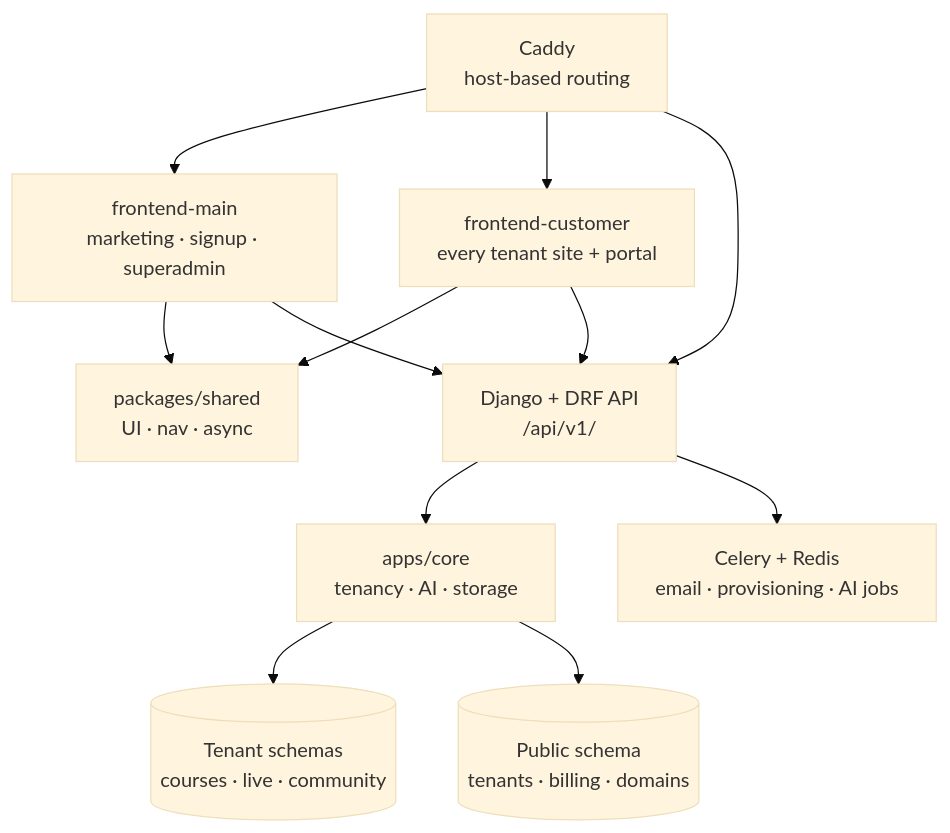
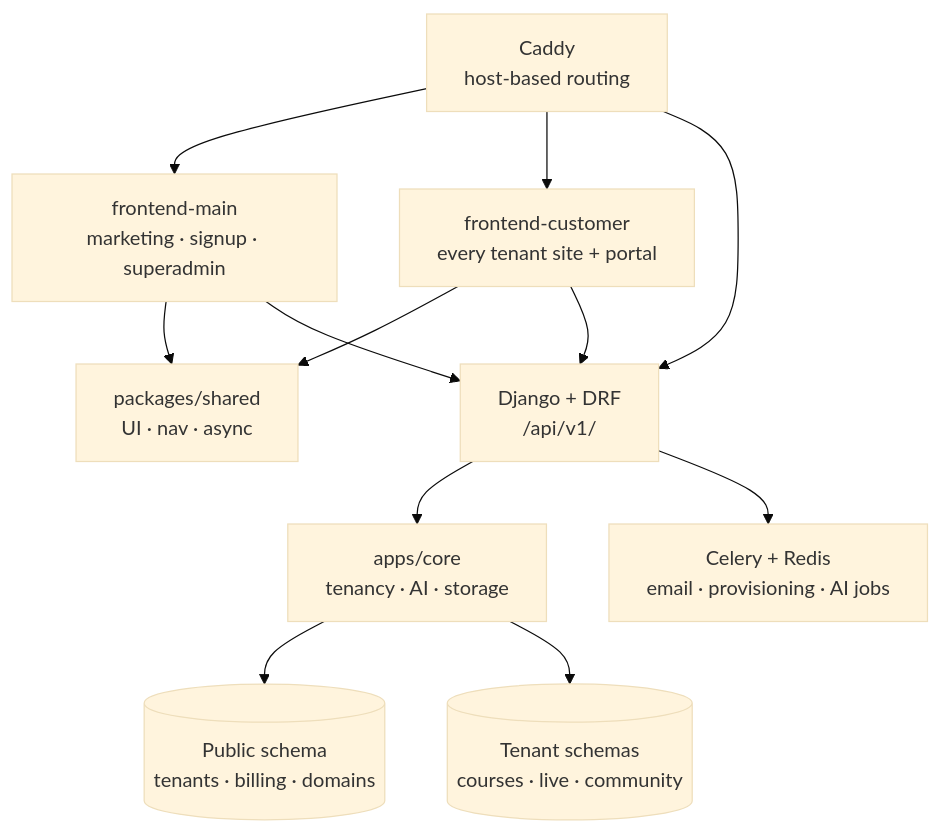
The diagram in docs/wiki/overview.md (tahayusufkomur/contentor), drawn with Mermaid (base theme) before and after one commit. The commit also changed other lines of this file and 52 other files, not shown here.

````diff
--- a/docs/wiki/overview.md
+++ b/docs/wiki/overview.md
@@ -11,24 +11,24 @@
 ```mermaid
 graph TD
     Caddy[Caddy<br/>host-based routing]
     Main[frontend-main<br/>marketing · signup · superadmin]
     Customer[frontend-customer<br/>every tenant site + portal]
     Shared[packages/shared<br/>UI · nav · async]
-    Django[Django + DRF API<br/>/api/v1/]
+    Django[Django + DRF<br/>/api/v1/]
     Core[apps/core<br/>tenancy · AI · storage]
+    Public[(Public schema<br/>tenants · billing · domains)]
     Tenant[(Tenant schemas<br/>courses · live · community)]
-    Public[(Public schema<br/>tenants · billing · domains)]
     Celery[Celery + Redis<br/>email · provisioning · AI jobs]
 
     Caddy --> Main
     Caddy --> Customer
     Caddy --> Django
     Main --> Shared
     Customer --> Shared
     Main --> Django
     Customer --> Django
     Django --> Core
+    Core --> Public
     Core --> Tenant
-    Core --> Public
     Django --> Celery
 ```
````
